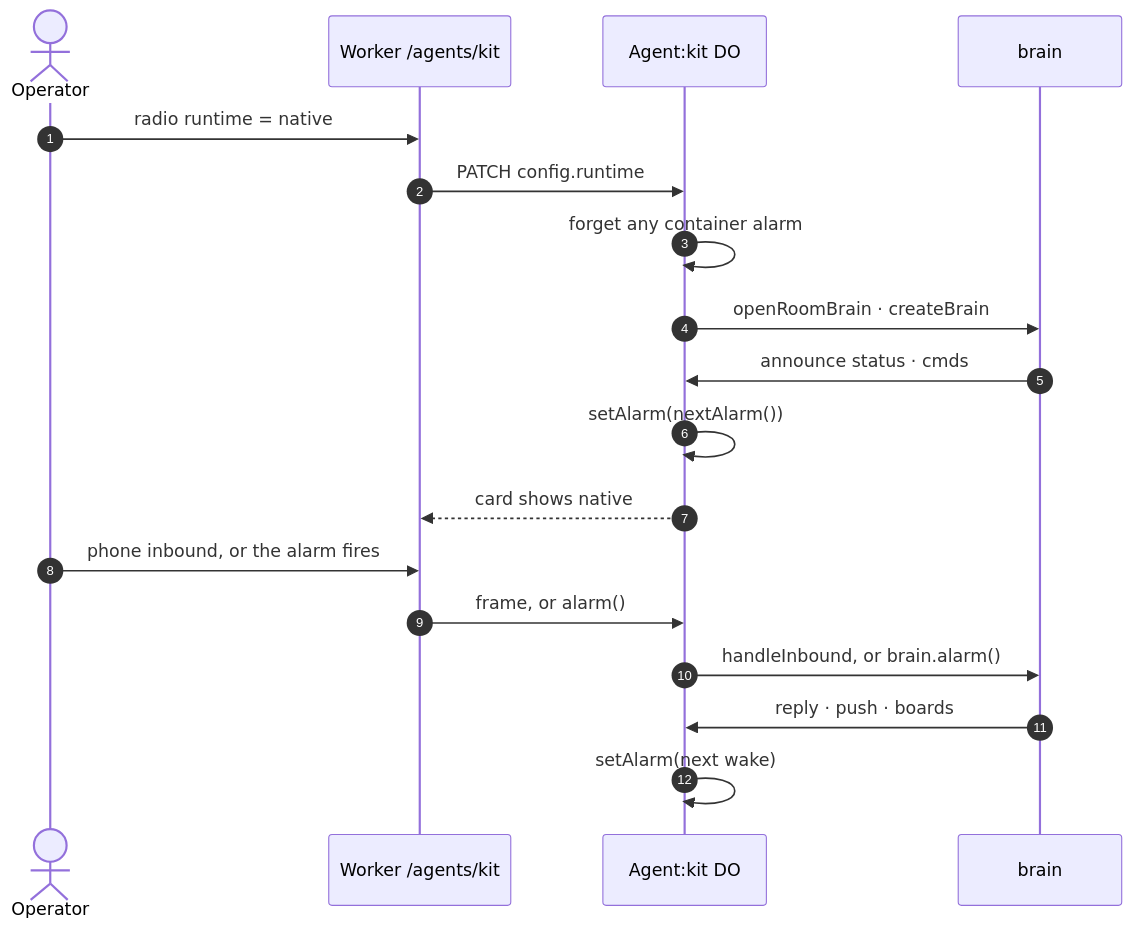
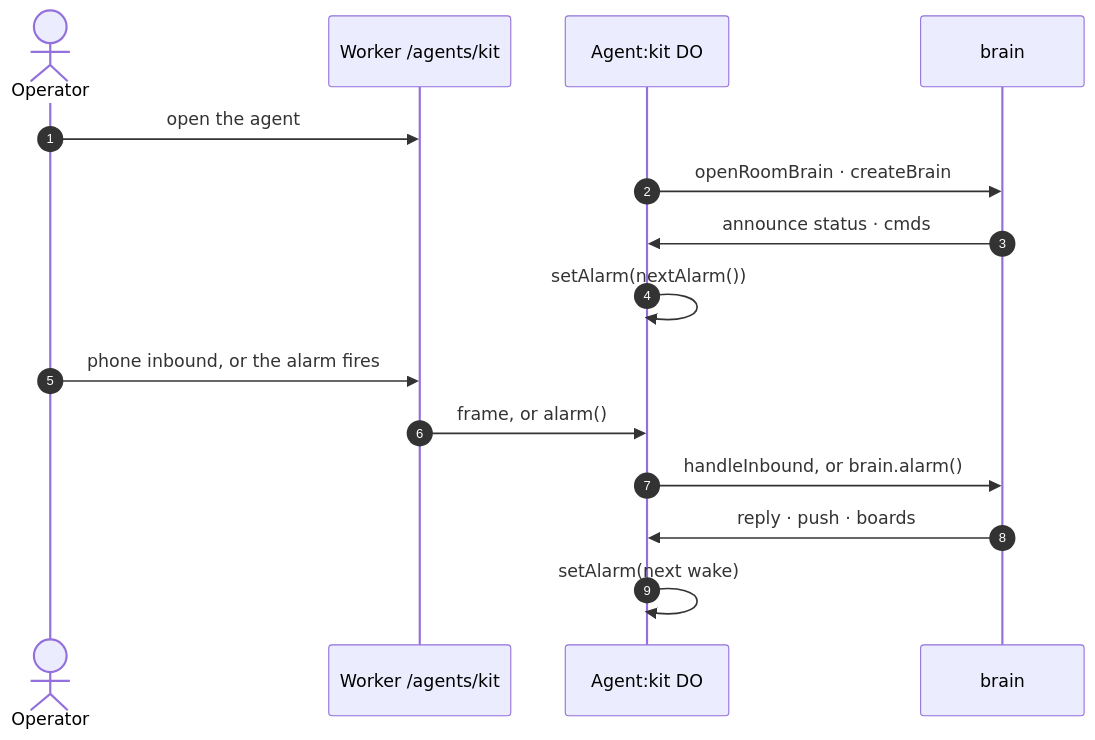
Before and after one commit to shotah/gantree2: the eighth of 11 diagrams in docs/architecture.md, drawn with Mermaid. The commit also changed other lines of this file and 115 other files, not shown here.

````diff
--- a/docs/architecture.md
+++ b/docs/architecture.md
@@ -320,22 +306,19 @@
 ```mermaid
 sequenceDiagram
   autonumber
   actor O as Operator
   participant W as Worker /agents/kit
   participant A as Agent:kit DO
   participant B as brain
 
-  O->>W: radio runtime = native
-  W->>A: PATCH config.runtime
-  A->>A: forget any container alarm
+  O->>W: open the agent
   A->>B: openRoomBrain · createBrain
   B->>A: announce status · cmds
   A->>A: setAlarm(nextAlarm())
-  A-->>W: card shows native
 
   O->>W: phone inbound, or the alarm fires
   W->>A: frame, or alarm()
   A->>B: handleInbound, or brain.alarm()
   B->>A: reply · push · boards
   A->>A: setAlarm(next wake)
 ```
````
